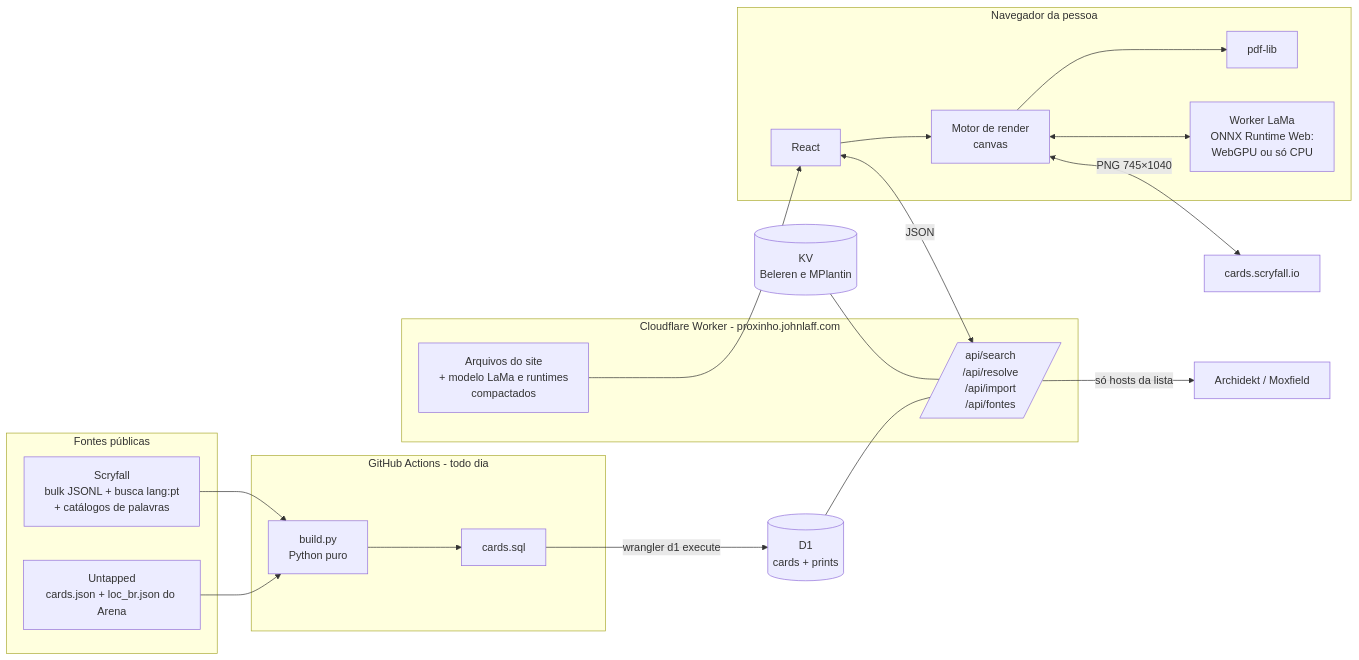
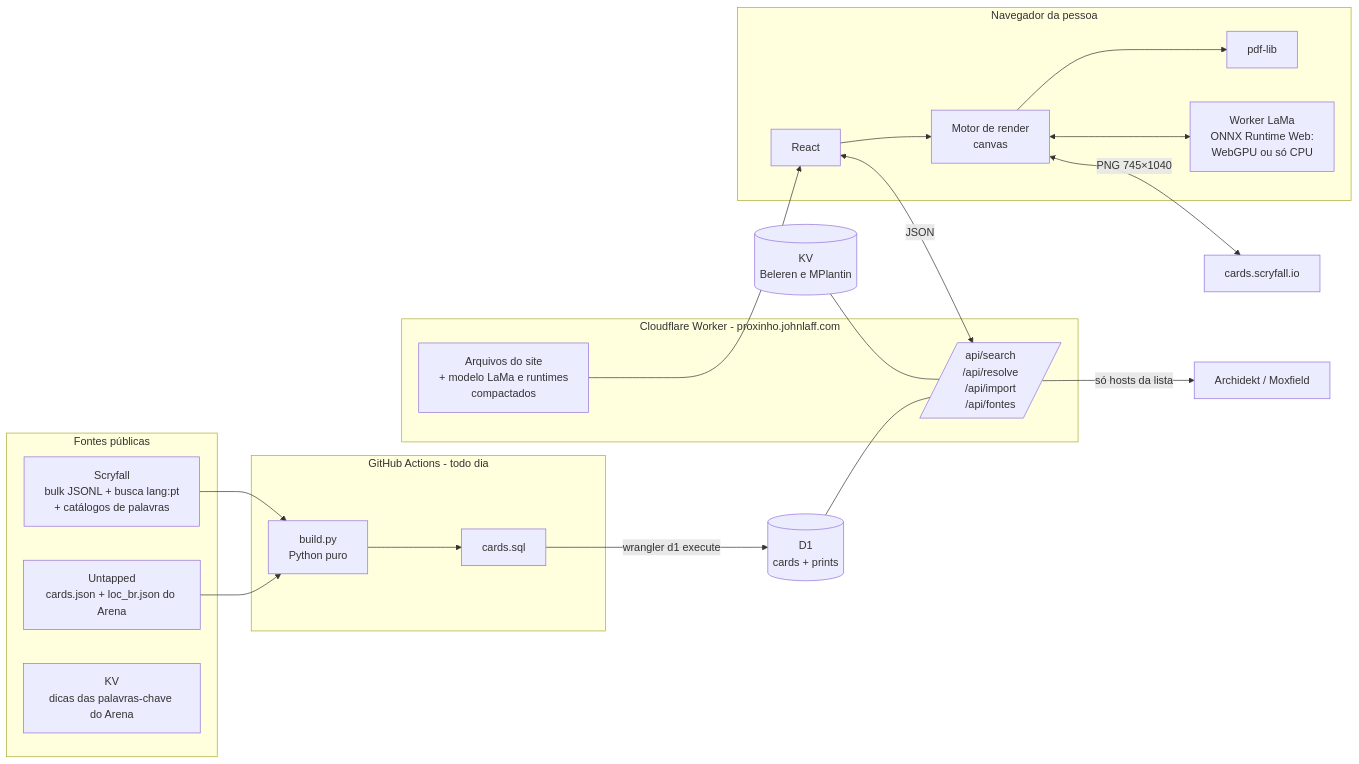
Before and after one commit to johnlaff/Proxinho: the diagram in docs/arquitetura.md, drawn with Mermaid. The commit also changed other lines of this file and 20 other files, not shown here.

First line of the commit message:
Explicações das palavras-chave nunca impressas em PT pelas dicas do Arena (ADR 0021)

````diff
--- a/docs/arquitetura.md
+++ b/docs/arquitetura.md
@@ -5,28 +5,29 @@
 ```mermaid
 flowchart LR
   subgraph Fontes públicas
     S[Scryfall<br/>bulk JSONL + busca lang:pt<br/>+ catálogos de palavras]
     U[Untapped<br/>cards.json + loc_br.json do Arena]
+    D[KV<br/>dicas das palavras-chave do Arena]
   end
   subgraph GitHub Actions - todo dia
     P[build.py<br/>Python puro] --> SQL[cards.sql]
   end
   S --> P
   U --> P
   SQL -->|wrangler d1 execute| D1[(D1<br/>cards + prints)]
   subgraph Cloudflare Worker - proxinho.johnlaff.com
     A[/api/search<br/>/api/resolve<br/>/api/import<br/>/api/fontes/]
     ST[Arquivos do site<br/>+ modelo LaMa e runtimes<br/>compactados]
   end
   D1 --- A
   KV[(KV<br/>Beleren e MPlantin)] --- A
   subgraph Navegador da pessoa
     UI[React] --> E[Motor de render<br/>canvas]
     E --> PDF[pdf-lib]
     E <--> LW[Worker LaMa<br/>ONNX Runtime Web:<br/>WebGPU ou só CPU]
   end
   UI <-->|JSON| A
   ST --> UI
   E <-->|PNG 745×1040| CDN[cards.scryfall.io]
   A -->|só hosts da lista| AR[Archidekt / Moxfield]
 ```
````
